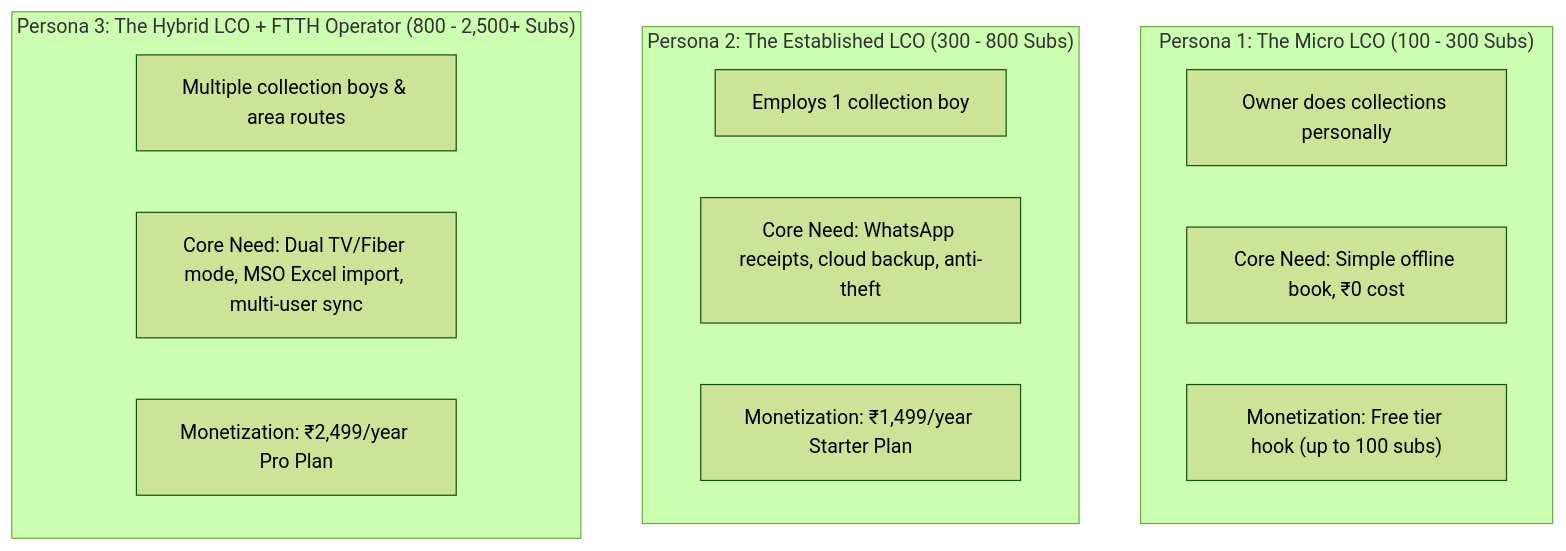
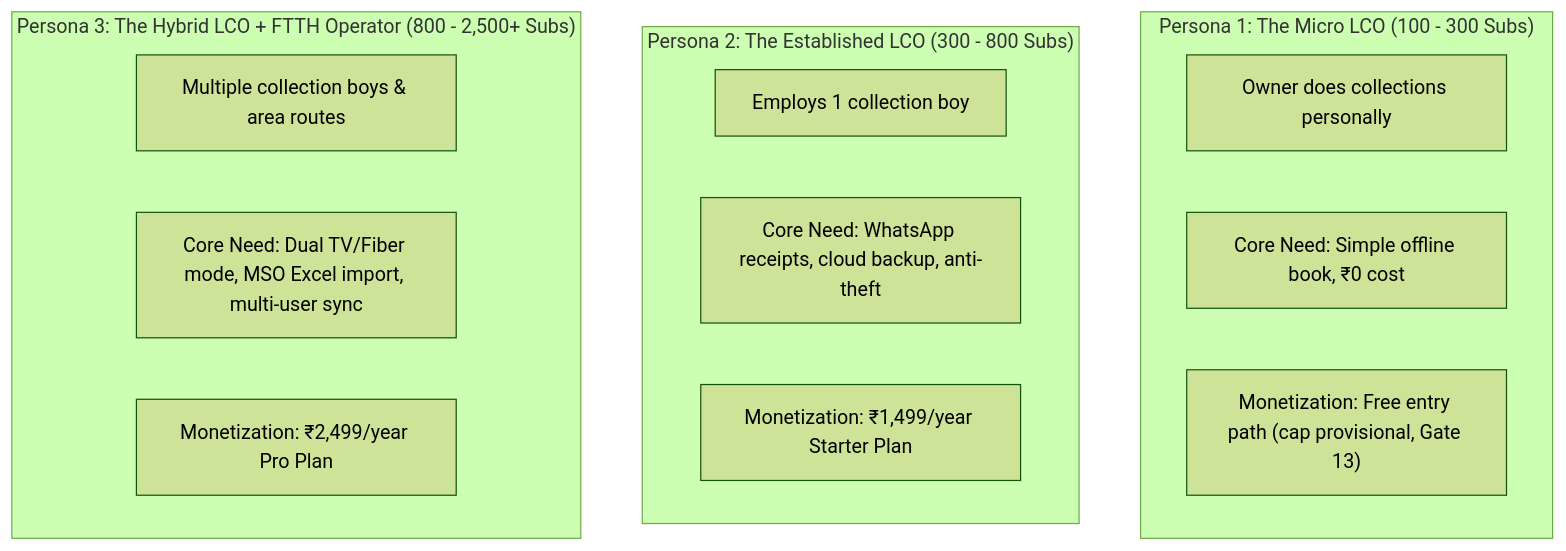
One commit to g2m7/collection_book changed the first of 3 diagrams in product.md. Above: the diagram before and after it, drawn with Mermaid (forest theme). The commit also changed other lines of this file and 21 other files, not shown here.

````diff
--- a/product.md
+++ b/product.md
@@ -108,20 +123,20 @@
 ```mermaid
 flowchart TD
     subgraph P1["Persona 1: The Micro LCO (100 - 300 Subs)"]
         A1["Owner does collections personally"]
         A2["Core Need: Simple offline book, ₹0 cost"]
-        A3["Monetization: Free tier hook (up to 100 subs)"]
+        A3["Monetization: Free entry path (cap provisional, Gate 13)"]
     end
 
     subgraph P2["Persona 2: The Established LCO (300 - 800 Subs)"]
         B1["Employs 1 collection boy"]
         B2["Core Need: WhatsApp receipts, cloud backup, anti-theft"]
         B3["Monetization: ₹1,499/year Starter Plan"]
     end
 
     subgraph P3["Persona 3: The Hybrid LCO + FTTH Operator (800 - 2,500+ Subs)"]
         C1["Multiple collection boys & area routes"]
         C2["Core Need: Dual TV/Fiber mode, MSO Excel import, multi-user sync"]
         C3["Monetization: ₹2,499/year Pro Plan"]
     end
 ```
````
